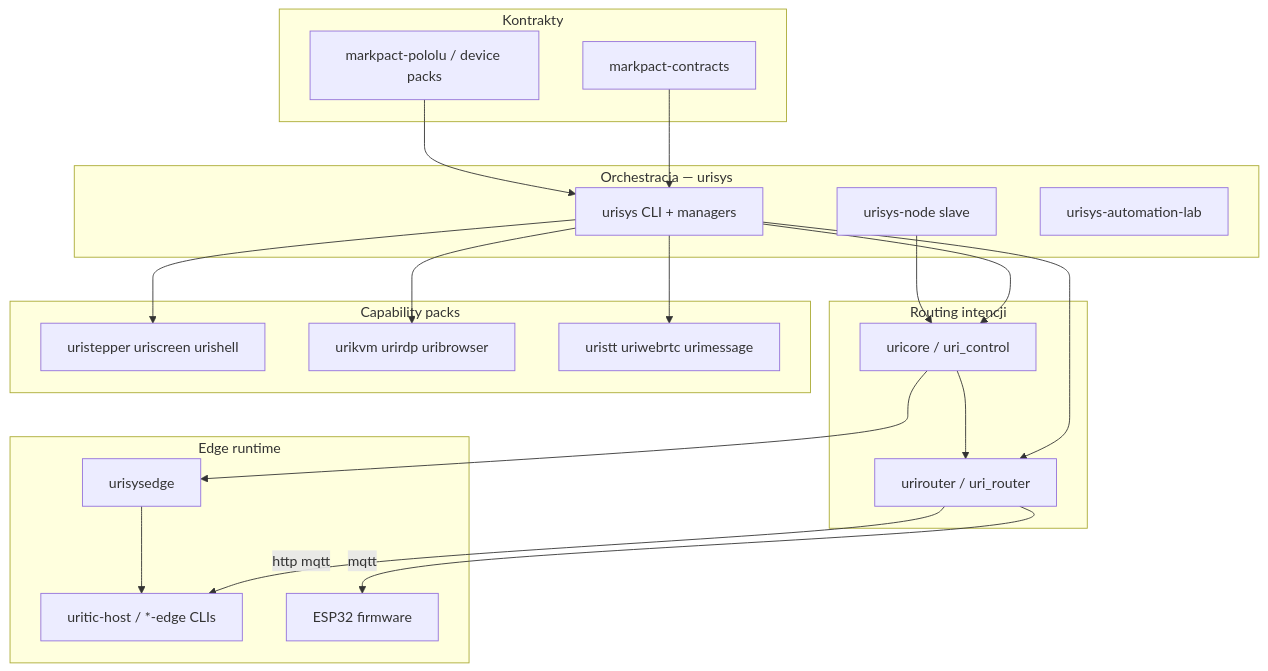
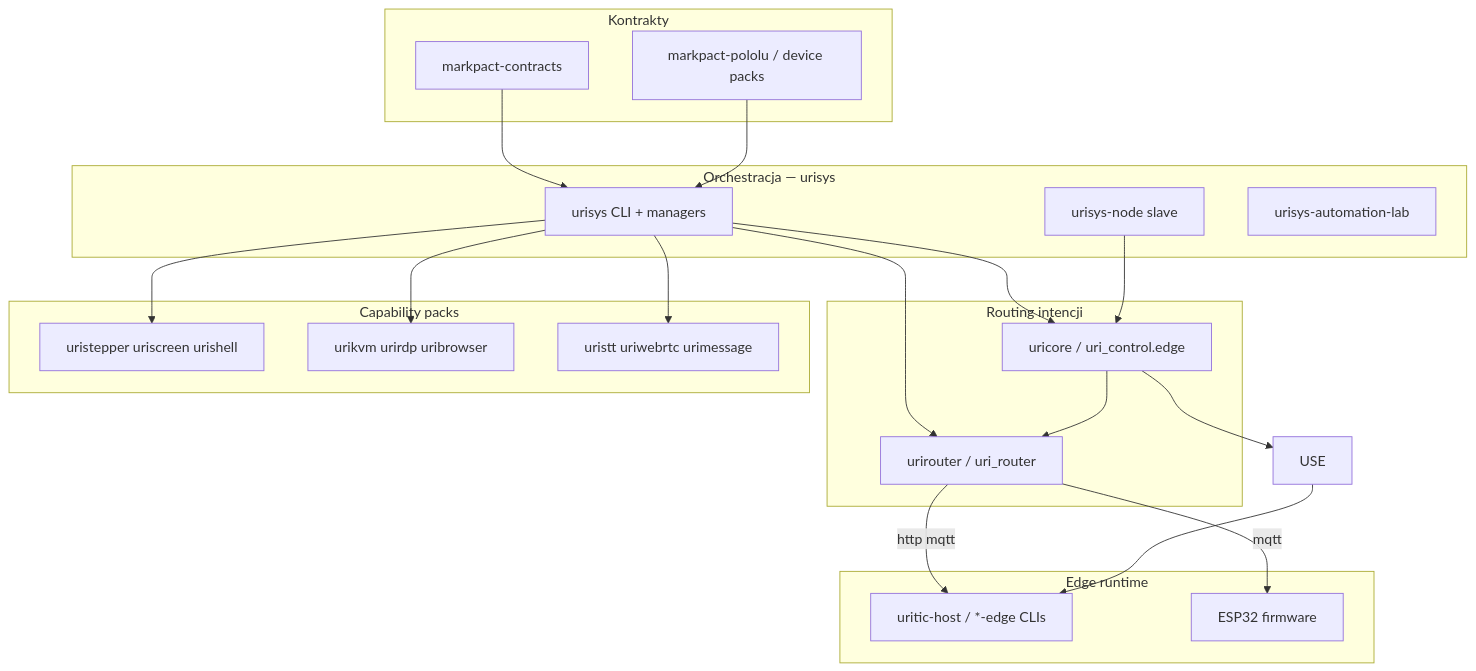
The first of 2 diagrams in docs/MESH.md (tellmesh/urisys), drawn with Mermaid before and after one commit. The commit also changed other lines of this file and 65 other files, not shown here.

First line of the commit message:
Remove legacy urisysedge; use uricore uri_control.edge everywhere.

````diff
--- a/docs/MESH.md
+++ b/docs/MESH.md
@@ -7,44 +7,44 @@
 ```mermaid
 flowchart TB
   subgraph contracts [Kontrakty]
     MC[markpact-contracts]
     MP[markpact-pololu / device packs]
   end
 
   subgraph orchestration [Orchestracja — urisys]
     US[urisys CLI + managers]
     USN[urisys-node slave]
     LAB[urisys-automation-lab]
   end
 
   subgraph routing [Routing intencji]
     UR[urirouter / uri_router]
     UC[uricore / uri_control]
   end
 
   subgraph edge [Edge runtime]
-    USE[urisysedge]
+    UC[uricore / uri_control.edge]
     HOST[uritic-host / *-edge CLIs]
     FW[ESP32 firmware]
   end
 
   subgraph packs [Capability packs]
     P1[uristepper uriscreen urishell]
     P2[urikvm urirdp uribrowser]
     P3[uristt uriwebrtc urimessage]
   end
 
   MC --> US
   MP --> US
   US --> UC
   US --> UR
   UC --> UR
   UR -->|http mqtt| HOST
   UR -->|mqtt| FW
   UC --> USE
   USE --> HOST
   US --> P1
   US --> P2
   US --> P3
   USN --> UC
 ```
````
